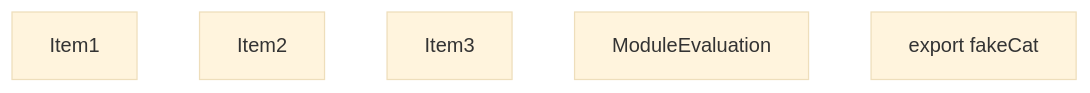
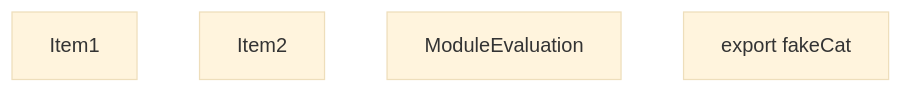
Before and after one commit to vercel/turborepo: the first of 5 diagrams in crates/turbopack-ecmascript/tests/tree-shaker/analyzer/export-named/output.md, drawn with Mermaid (base theme). The commit also changed other lines of this file and 6 other files, not shown here.

````diff
--- a/crates/turbopack-ecmascript/tests/tree-shaker/analyzer/export-named/output.md
+++ b/crates/turbopack-ecmascript/tests/tree-shaker/analyzer/export-named/output.md
@@ -36,10 +26,9 @@
 ```mermaid
 graph TD
     Item1;
     Item2;
     Item3;
+    Item3["ModuleEvaluation"];
     Item4;
-    Item4["ModuleEvaluation"];
-    Item5;
-    Item5["export fakeCat"];
+    Item4["export fakeCat"];
 ```
````
